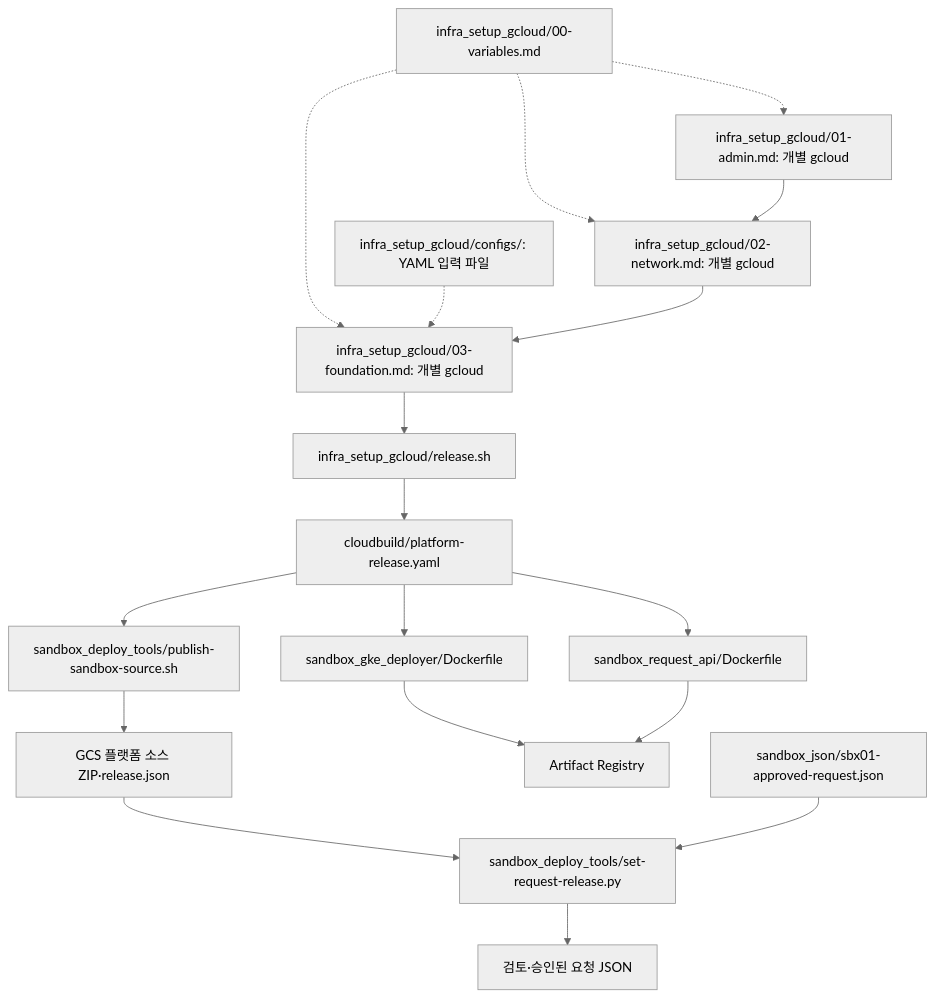
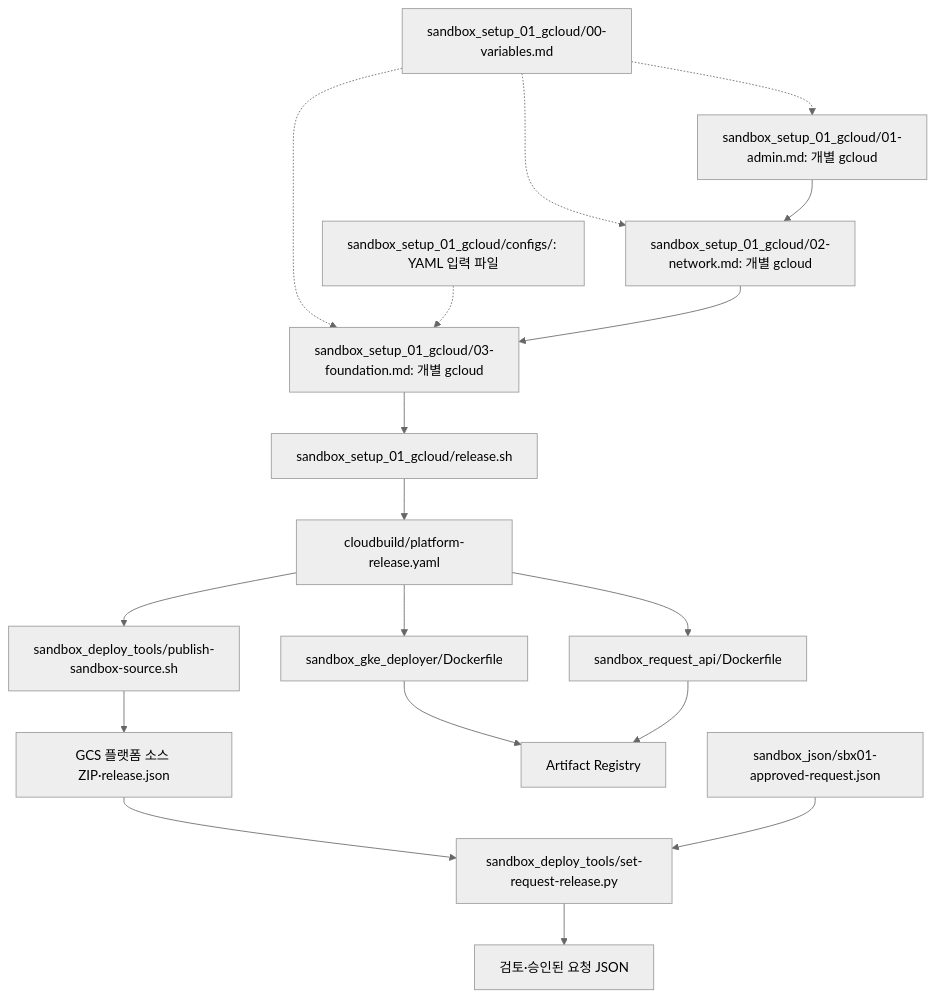
One commit to sonmap/GCP_SBX_Test01 changed the first of 3 diagrams in docs/file-relationships.md. Above: the diagram before and after it, drawn with Mermaid (neutral theme). The commit also changed other lines of this file and 38 other files, not shown here.

````diff
--- a/docs/file-relationships.md
+++ b/docs/file-relationships.md
@@ -5,20 +5,20 @@
 ```mermaid
 flowchart TD
-  CFG["infra_setup_gcloud/00-variables.md"] -.-> A["infra_setup_gcloud/01-admin.md: 개별 gcloud"]
-  CFG -.-> N["infra_setup_gcloud/02-network.md: 개별 gcloud"]
-  CFG -.-> F["infra_setup_gcloud/03-foundation.md: 개별 gcloud"]
-  Y["infra_setup_gcloud/configs/: YAML 입력 파일"] -.-> F
+  CFG["sandbox_setup_01_gcloud/00-variables.md"] -.-> A["sandbox_setup_01_gcloud/01-admin.md: 개별 gcloud"]
+  CFG -.-> N["sandbox_setup_01_gcloud/02-network.md: 개별 gcloud"]
+  CFG -.-> F["sandbox_setup_01_gcloud/03-foundation.md: 개별 gcloud"]
+  Y["sandbox_setup_01_gcloud/configs/: YAML 입력 파일"] -.-> F
   A --> N
   N --> F
-  F --> REL["infra_setup_gcloud/release.sh"]
+  F --> REL["sandbox_setup_01_gcloud/release.sh"]
   REL --> YAML["cloudbuild/platform-release.yaml"]
   YAML --> RD["sandbox_gke_deployer/Dockerfile"]
   YAML --> PD["sandbox_request_api/Dockerfile"]
   YAML --> ZIP["sandbox_deploy_tools/publish-sandbox-source.sh"]
   ZIP --> SRC["GCS 플랫폼 소스 ZIP·release.json"]
   RD --> AR["Artifact Registry"]
   PD --> AR
   SRC --> SET["sandbox_deploy_tools/set-request-release.py"]
   EX["sandbox_json/sbx01-approved-request.json"] --> SET
   SET --> APPROVED["검토·승인된 요청 JSON"]
 ```
````
